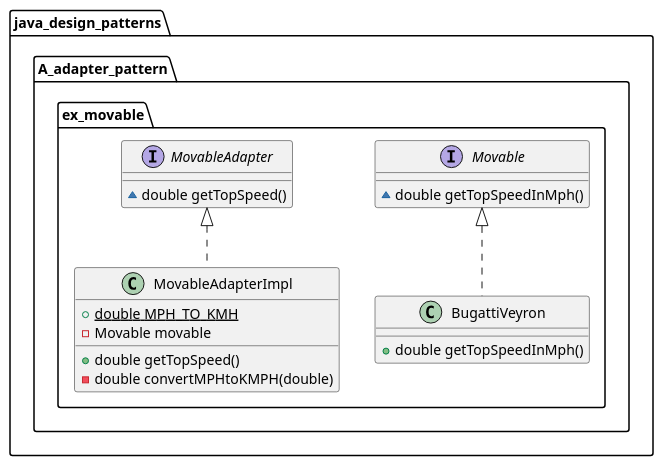
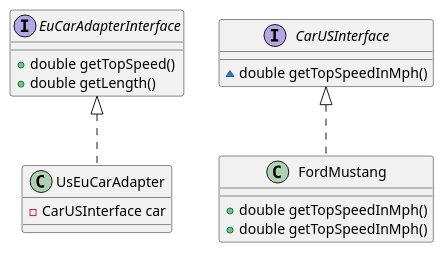
Before and after one commit to JonasHellgren/JavaBasics: the diagram in src/java_design_patterns/A_adapter_pattern/ex_movable/movableUML.puml, drawn with PlantUML. The commit also changed 20 other files, not shown here.

Commit message:
CarAdapter

```diff
--- a/src/java_design_patterns/A_adapter_pattern/ex_movable/movableUML.puml
+++ b/src/java_design_patterns/A_adapter_pattern/ex_movable/movableUML.puml
@@ -1,21 +1,21 @@
 @startuml
-class java_design_patterns.A_adapter_pattern.ex_movable.MovableAdapterImpl {
-+ {static} double MPH_TO_KMH
-- Movable movable
-+ double getTopSpeed()
-- double convertMPHtoKMPH(double)
+class UsEuCarAdapter {
+- CarUSInterface car
+
 }
-interface java_design_patterns.A_adapter_pattern.ex_movable.Movable {
+interface CarUSInterface {
 ~ double getTopSpeedInMph()
 }
-interface java_design_patterns.A_adapter_pattern.ex_movable.MovableAdapter {
-~ double getTopSpeed()
+interface EuCarAdapterInterface {
++ double getTopSpeed()
++ double getLength()
 }
-class java_design_patterns.A_adapter_pattern.ex_movable.BugattiVeyron {
+class FordMustang {
++ double getTopSpeedInMph()
 + double getTopSpeedInMph()
 }
 
 
-java_design_patterns.A_adapter_pattern.ex_movable.MovableAdapter <|.. java_design_patterns.A_adapter_pattern.ex_movable.MovableAdapterImpl
-java_design_patterns.A_adapter_pattern.ex_movable.Movable <|.. java_design_patterns.A_adapter_pattern.ex_movable.BugattiVeyron
+EuCarAdapterInterface <|.. UsEuCarAdapter
+CarUSInterface <|.. FordMustang
 @enduml
```
